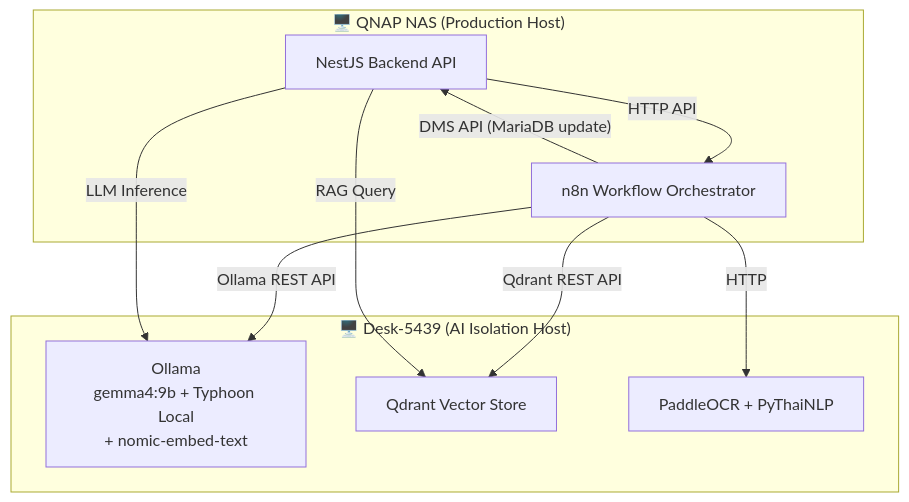
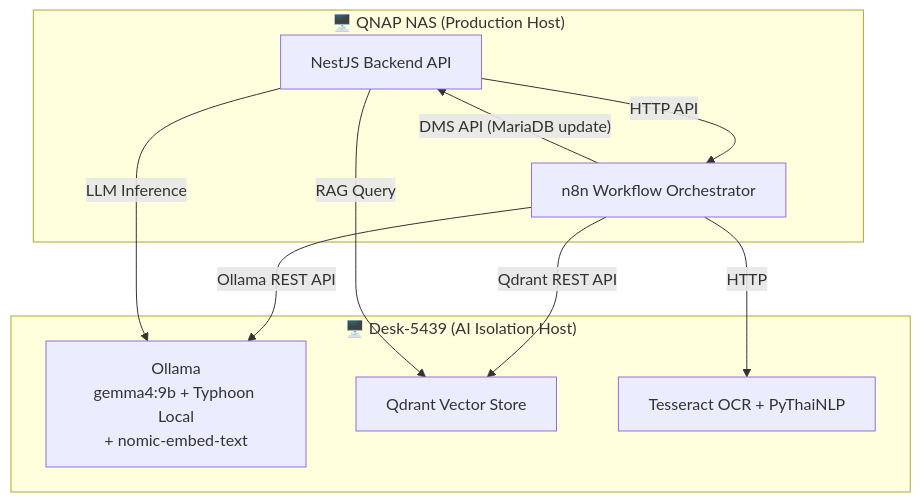
One commit to peancharoen/lcbp3 changed the diagram in specs/06-Decision-Records/ADR-023-unified-ai-architecture.md. Above: the diagram before and after it, drawn with Mermaid. The commit also changed other lines of this file and 14 other files, not shown here.

````diff
--- a/specs/06-Decision-Records/ADR-023-unified-ai-architecture.md
+++ b/specs/06-Decision-Records/ADR-023-unified-ai-architecture.md
@@ -109,21 +109,21 @@
 ```mermaid
 graph TB
     subgraph QNAP["🖥️ QNAP NAS (Production Host)"]
         BE[NestJS Backend API]
         N8N[n8n Workflow Orchestrator]
     end
 
     subgraph DESK["🖥️ Desk-5439 (AI Isolation Host)"]
         OLLAMA["Ollama\ngemma4:9b + Typhoon Local\n+ nomic-embed-text"]
         QDRANT[Qdrant Vector Store]
-        NLP[PaddleOCR + PyThaiNLP]
+        NLP[Tesseract OCR + PyThaiNLP]
     end
 
     BE --"HTTP API"--> N8N
     N8N --"Ollama REST API"--> OLLAMA
     N8N --"Qdrant REST API"--> QDRANT
     N8N --"HTTP"--> NLP
     N8N --"DMS API (MariaDB update)"--> BE
     BE --"RAG Query"--> QDRANT
     BE --"LLM Inference"--> OLLAMA
 ```
````
